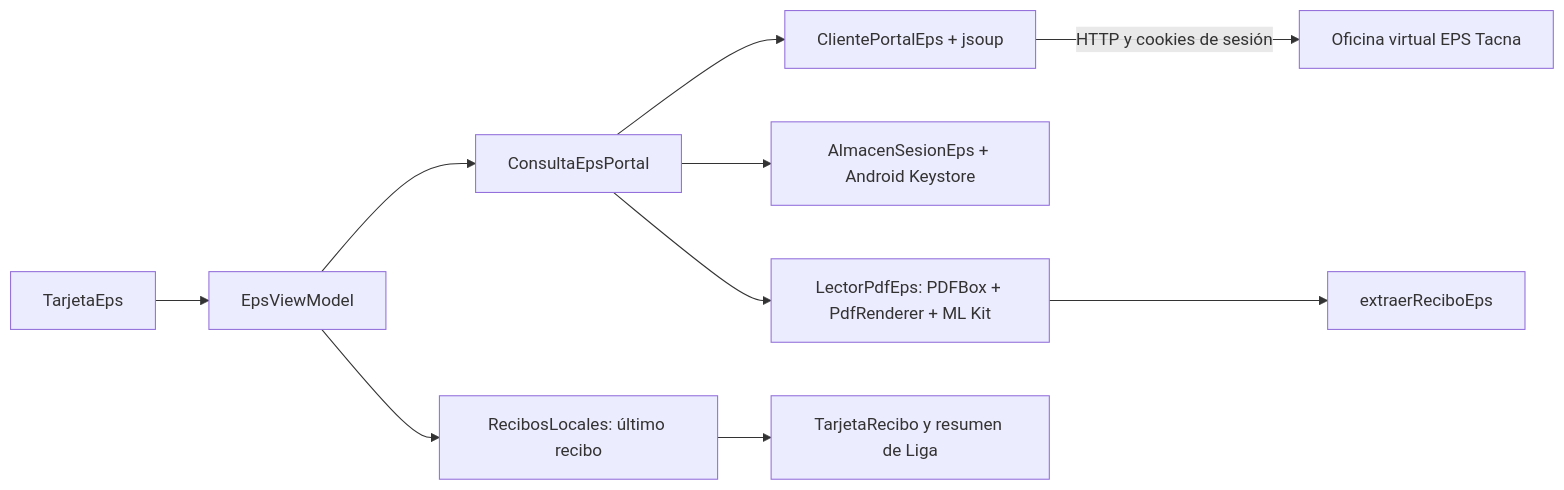
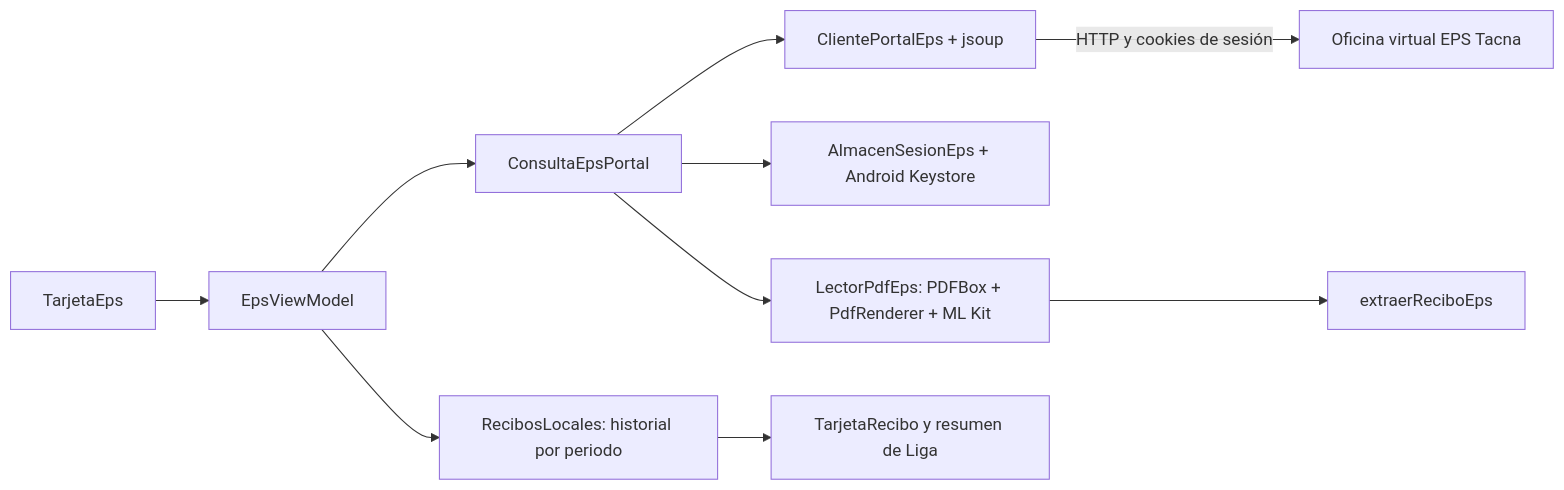
Before and after one commit to Cristhian465/Aguarda: the sixth of 6 diagrams in Readme.md, drawn with Mermaid. The commit also changed other lines of this file and 19 other files, not shown here.

Commit message:
Importar el historial completo de recibos de EPS Tacna

````diff
--- a/Readme.md
+++ b/Readme.md
@@ -356,12 +356,12 @@
 ```mermaid
 flowchart LR
     UI[TarjetaEps] --> VM[EpsViewModel]
     VM --> CP[ConsultaEpsPortal]
     CP --> CL[ClientePortalEps + jsoup]
     CL -->|HTTP y cookies de sesión| EPS[Oficina virtual EPS Tacna]
     CP --> AS[AlmacenSesionEps + Android Keystore]
     CP --> PDF[LectorPdfEps: PDFBox + PdfRenderer + ML Kit]
     PDF --> EX[extraerReciboEps]
-    VM --> PREF[RecibosLocales: último recibo]
+    VM --> PREF[RecibosLocales: historial por periodo]
     PREF --> REC[TarjetaRecibo y resumen de Liga]
 ```
````
